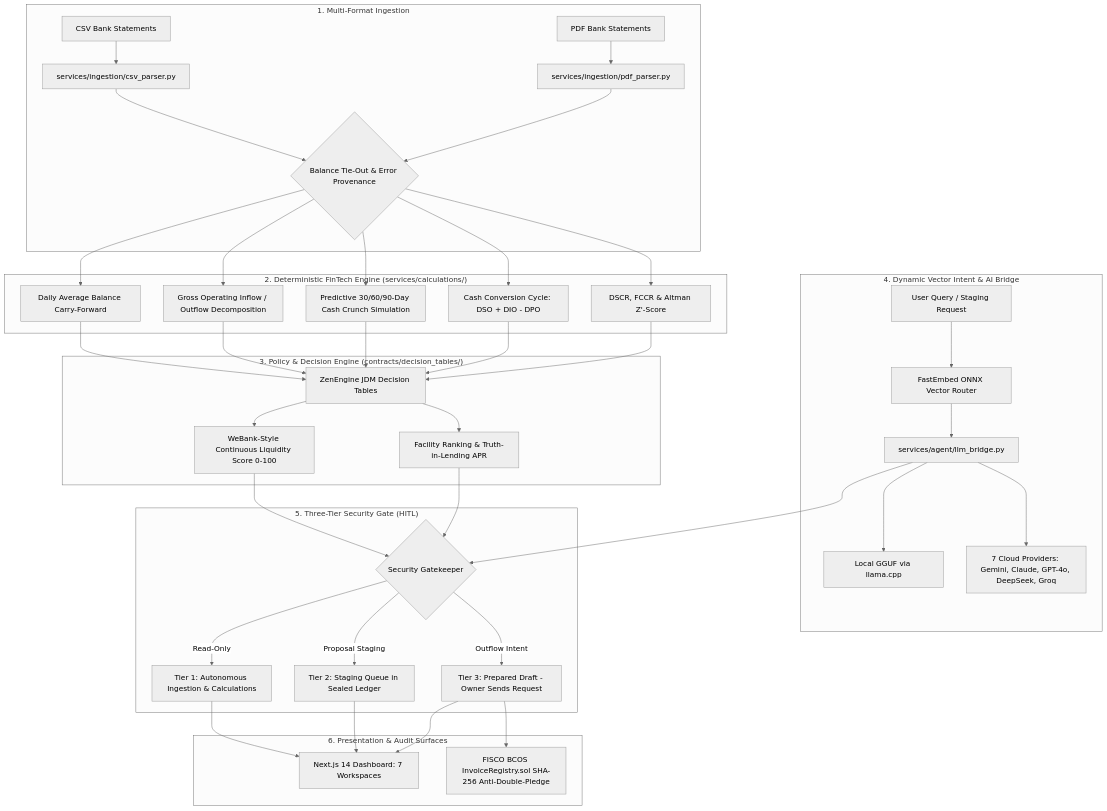
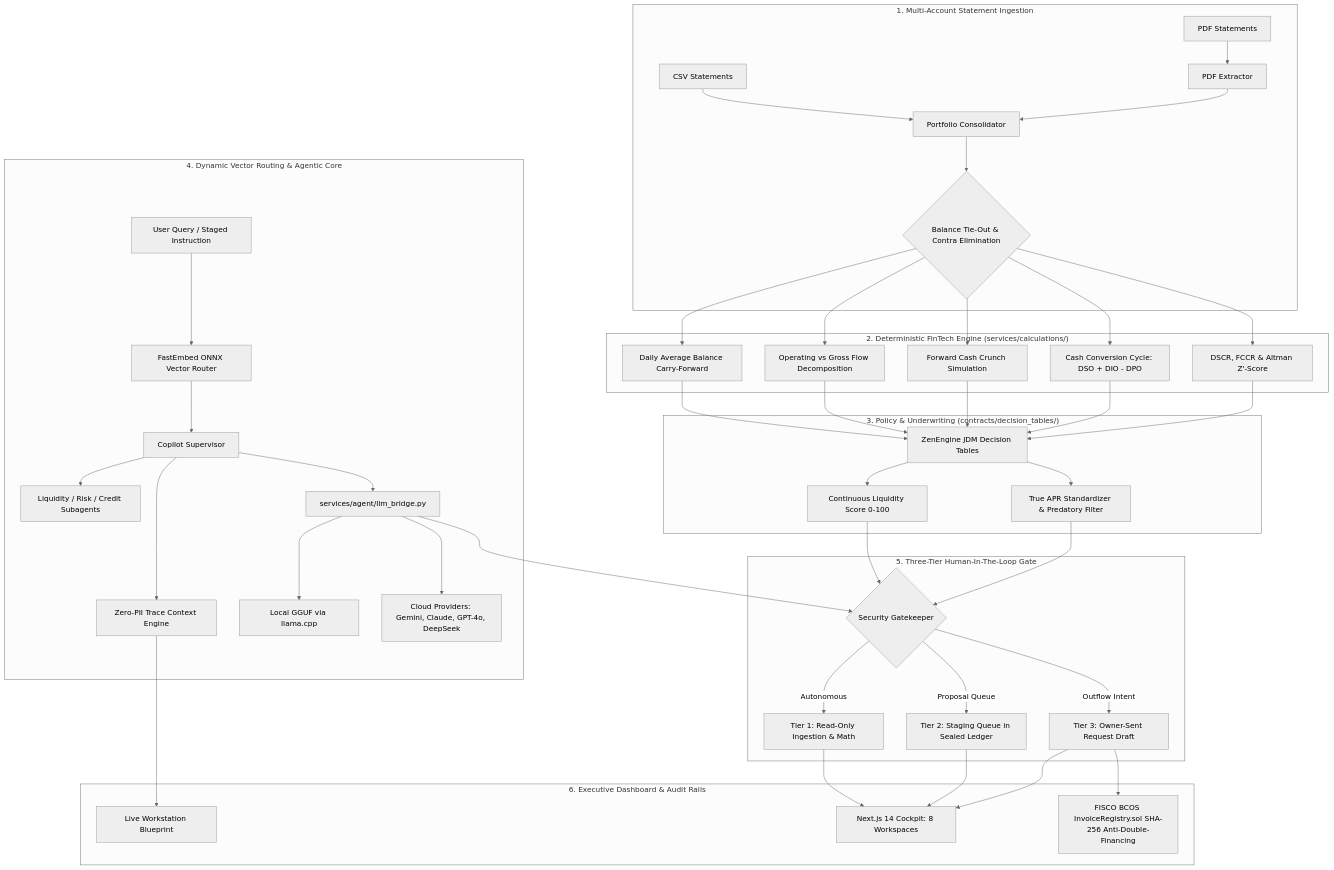
Before and after one commit to SamJU25/CashPilot: the diagram in README.md, drawn with Mermaid (neutral theme). The commit also changed other lines of this file and 4 other files, not shown here.

Commit message:
docs: modernize README with creative human voice, updated architecture, and 1,022 test baseline

````diff
--- a/README.md
+++ b/README.md
@@ -59,42 +49,46 @@
 ```mermaid
 flowchart TD
-    subgraph Ingestion ["1. Multi-Format Ingestion"]
-        CSV[CSV Bank Statements] --> Parser[services/ingestion/csv_parser.py]
-        PDF[PDF Bank Statements] --> PDFParser[services/ingestion/pdf_parser.py]
-        Parser --> TieOut{Balance Tie-Out & Error Provenance}
-        PDFParser --> TieOut
+    subgraph Ingestion ["1. Multi-Account Statement Ingestion"]
+        CSV[CSV Statements] --> Consolidator[Portfolio Consolidator]
+        PDF[PDF Statements] --> PDFParser[PDF Extractor]
+        PDFParser --> Consolidator
+        Consolidator --> TieOut{Balance Tie-Out & Contra Elimination}
     end
 
     subgraph Engines ["2. Deterministic FinTech Engine (services/calculations/)"]
         TieOut --> DAB[Daily Average Balance Carry-Forward]
-        TieOut --> Flow[Gross Operating Inflow / Outflow Decomposition]
-        TieOut --> Crunch[Predictive 30/60/90-Day Cash Crunch Simulation]
+        TieOut --> Flow[Operating vs Gross Flow Decomposition]
+        TieOut --> Crunch[Forward Cash Crunch Simulation]
         TieOut --> CCC[Cash Conversion Cycle: DSO + DIO - DPO]
         TieOut --> Solvency[DSCR, FCCR & Altman Z'-Score]
     end
 
-    subgraph Policies ["3. Policy & Decision Engine (contracts/decision_tables/)"]
+    subgraph Policies ["3. Policy & Underwriting (contracts/decision_tables/)"]
         DAB & Flow & Crunch & CCC & Solvency --> Zen[ZenEngine JDM Decision Tables]
-        Zen --> Underwrite[WeBank-Style Continuous Liquidity Score 0-100]
-        Zen --> FacilityMatch[Facility Ranking & Truth-in-Lending APR]
+        Zen --> Underwrite[Continuous Liquidity Score 0-100]
+        Zen --> FacilityMatch[True APR Standardizer & Predatory Filter]
     end
 
-    subgraph Routing ["4. Dynamic Vector Intent & AI Bridge"]
-        UserMsg[User Query / Staging Request] --> FastEmbed[FastEmbed ONNX Vector Router]
-        FastEmbed --> Bridge[services/agent/llm_bridge.py]
+    subgraph Routing ["4. Dynamic Vector Routing & Agentic Core"]
+        UserMsg[User Query / Staged Instruction] --> FastEmbed[FastEmbed ONNX Vector Router]
+        FastEmbed --> Supervisor[Copilot Supervisor]
+        Supervisor --> Subagents[Liquidity / Risk / Credit Subagents]
+        Supervisor --> Trace[Zero-PII Trace Context Engine]
+        Supervisor --> Bridge[services/agent/llm_bridge.py]
         Bridge --> LocalSLM[Local GGUF via llama.cpp]
-        Bridge --> CloudLLM[7 Cloud Providers: Gemini, Claude, GPT-4o, DeepSeek, Groq]
+        Bridge --> CloudLLM[Cloud Providers: Gemini, Claude, GPT-4o, DeepSeek]
     end
 
-    subgraph SecurityGate ["5. Three-Tier Security Gate (HITL)"]
+    subgraph SecurityGate ["5. Three-Tier Human-In-The-Loop Gate"]
         Underwrite & FacilityMatch & Bridge --> Gate{Security Gatekeeper}
-        Gate -->|Read-Only| T1[Tier 1: Autonomous Ingestion & Calculations]
-        Gate -->|Proposal Staging| T2[Tier 2: Staging Queue in Sealed Ledger]
-        Gate -->|Outflow Intent| T3[Tier 3: Prepared Draft - Owner Sends Request]
+        Gate -->|Autonomous| T1[Tier 1: Read-Only Ingestion & Math]
+        Gate -->|Proposal Queue| T2[Tier 2: Staging Queue in Sealed Ledger]
+        Gate -->|Outflow Intent| T3[Tier 3: Owner-Sent Request Draft]
     end
 
-    subgraph Surfaces ["6. Presentation & Audit Surfaces"]
-        T1 & T2 & T3 --> Dashboard[Next.js 14 Dashboard: 7 Workspaces]
-        T3 --> FISCO[FISCO BCOS InvoiceRegistry.sol SHA-256 Anti-Double-Pledge]
+    subgraph Surfaces ["6. Executive Dashboard & Audit Rails"]
+        T1 & T2 & T3 --> Dashboard[Next.js 14 Cockpit: 8 Workspaces]
+        Trace --> Workstation[Live Workstation Blueprint]
+        T3 --> FISCO[FISCO BCOS InvoiceRegistry.sol SHA-256 Anti-Double-Financing]
     end
 ```
````
